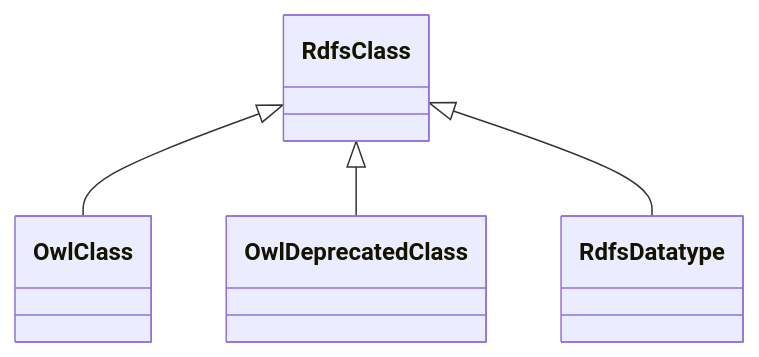
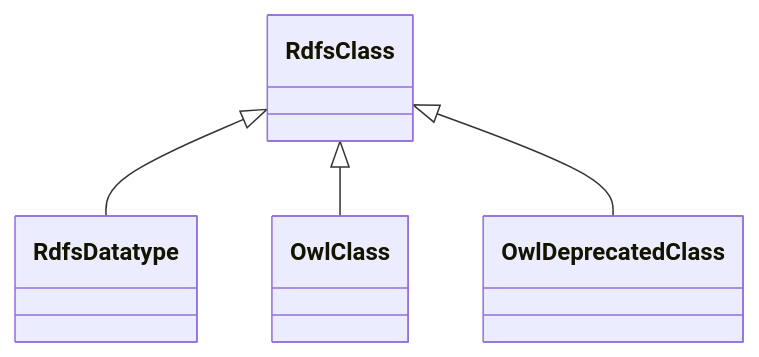
One commit to frink-okn/graph-descriptions changed the diagram in fio-kg/classes/RdfsClass.md. Above: the diagram before and after it, drawn with Mermaid. The commit also changed other lines of this file and 447 other files, not shown here.

````diff
--- a/fio-kg/classes/RdfsClass.md
+++ b/fio-kg/classes/RdfsClass.md
@@ -23,13 +21,13 @@
 ```mermaid
  classDiagram
     class RdfsClass
     click RdfsClass href "../RdfsClass"
+      RdfsClass <|-- RdfsDatatype
+        click RdfsDatatype href "../RdfsDatatype"
       RdfsClass <|-- OwlClass
         click OwlClass href "../OwlClass"
       RdfsClass <|-- OwlDeprecatedClass
         click OwlDeprecatedClass href "../OwlDeprecatedClass"
-      RdfsClass <|-- RdfsDatatype
-        click RdfsDatatype href "../RdfsDatatype"
       
       
 ```
````
